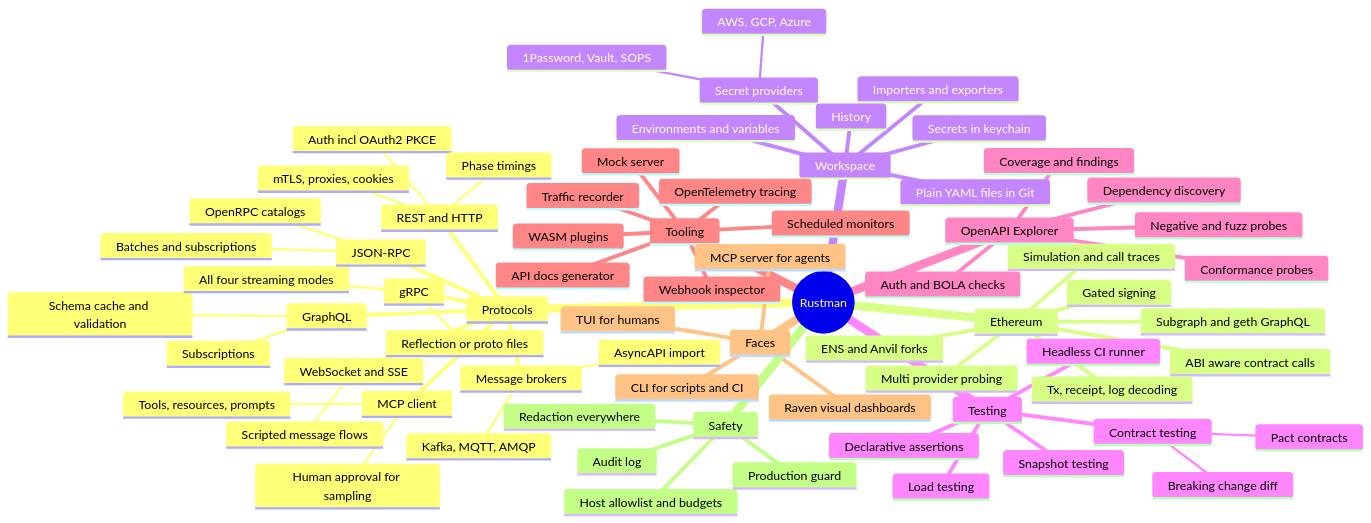
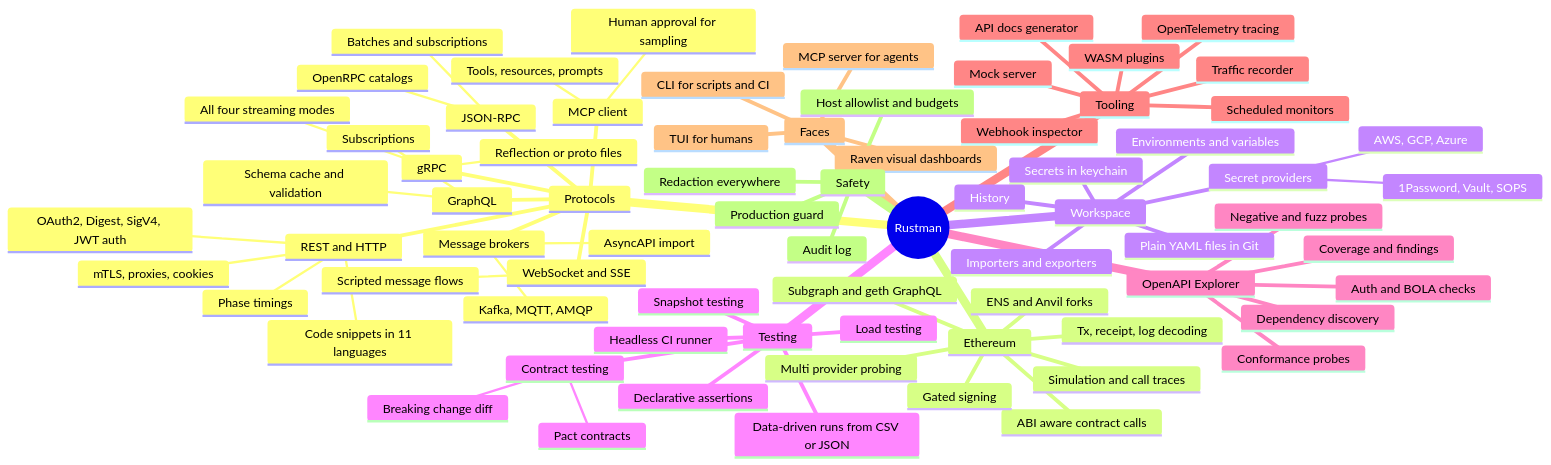
Before and after one commit to CyberdyneCorp/rustman: the first of 2 diagrams in README.md, drawn with Mermaid. The commit also changed other lines of this file and 11 other files, not shown here.

First line of the commit message:
Spec Postman/Newman parity: data-driven runs, Digest/SigV4/JWT, snippets, script migration

````diff
--- a/README.md
+++ b/README.md
@@ -28,75 +28,77 @@
 ```mermaid
 mindmap
   root((Rustman))
     Protocols
       REST and HTTP
-        Auth incl OAuth2 PKCE
+        OAuth2, Digest, SigV4, JWT auth
+        Code snippets in 11 languages
         mTLS, proxies, cookies
         Phase timings
       GraphQL
         Schema cache and validation
         Subscriptions
       MCP client
         Tools, resources, prompts
         Human approval for sampling
       gRPC
         Reflection or proto files
         All four streaming modes
       WebSocket and SSE
         Scripted message flows
       Message brokers
         Kafka, MQTT, AMQP
         AsyncAPI import
       JSON-RPC
         Batches and subscriptions
         OpenRPC catalogs
     Ethereum
       ABI aware contract calls
       Tx, receipt, log decoding
       Simulation and call traces
       ENS and Anvil forks
       Gated signing
       Multi provider probing
       Subgraph and geth GraphQL
     Workspace
       Plain YAML files in Git
       Environments and variables
       Secrets in keychain
       Secret providers
         1Password, Vault, SOPS
         AWS, GCP, Azure
       Importers and exporters
       History
     Testing
       Declarative assertions
       Snapshot testing
       Headless CI runner
+      Data-driven runs from CSV or JSON
       Load testing
       Contract testing
         Breaking change diff
         Pact contracts
     OpenAPI Explorer
       Dependency discovery
       Conformance probes
       Negative and fuzz probes
       Auth and BOLA checks
       Coverage and findings
     Tooling
       Mock server
       Traffic recorder
       Webhook inspector
       Scheduled monitors
       API docs generator
       OpenTelemetry tracing
       WASM plugins
     Faces
       TUI for humans
       CLI for scripts and CI
       MCP server for agents
       Raven visual dashboards
     Safety
       Host allowlist and budgets
       Production guard
       Redaction everywhere
       Audit log
 ```
````
